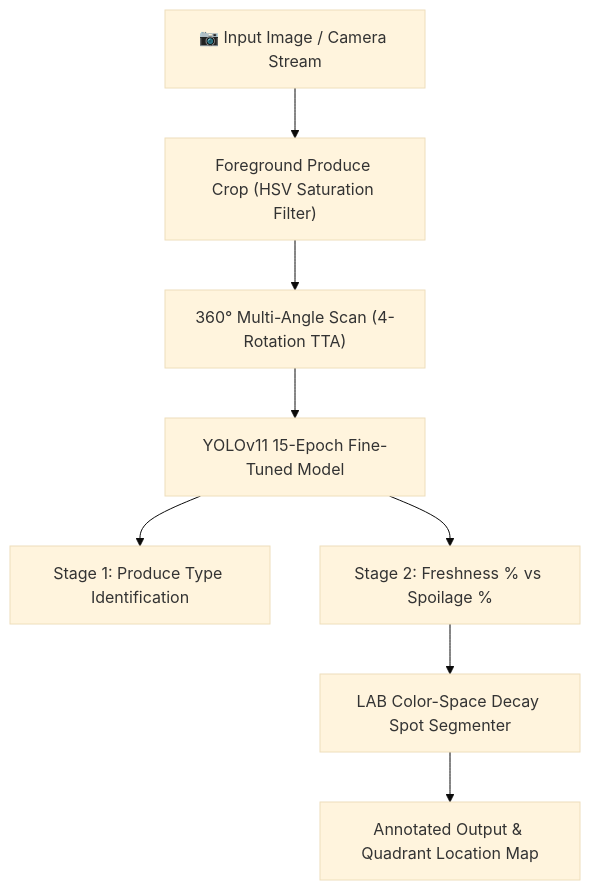
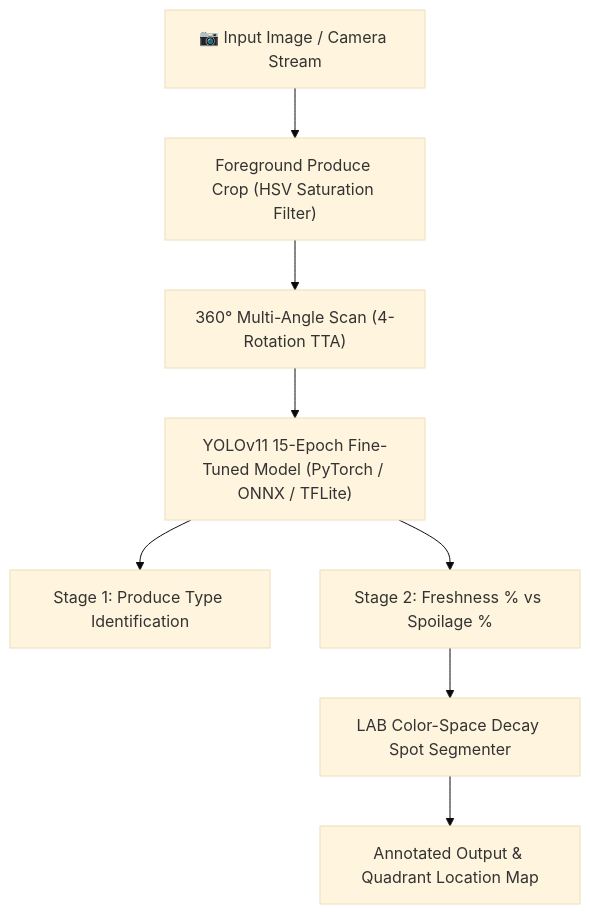
The second of 2 diagrams in README.md (gauravkal006/Fruit_freshness_detection), drawn with Mermaid (base theme) before and after one commit. The commit also changed other lines of this file, not shown here.

Commit message:
about ONNX and TF lite

````diff
--- a/README.md
+++ b/README.md
@@ -72,10 +131,10 @@
 ```mermaid
 graph TD
     A["📷 Input Image / Camera Stream"] --> B["Foreground Produce Crop (HSV Saturation Filter)"]
     B --> C["360° Multi-Angle Scan (4-Rotation TTA)"]
-    C --> D["YOLOv11 15-Epoch Fine-Tuned Model"]
+    C --> D["YOLOv11 15-Epoch Fine-Tuned Model (PyTorch / ONNX / TFLite)"]
     D --> E["Stage 1: Produce Type Identification"]
     D --> F["Stage 2: Freshness % vs Spoilage %"]
     F --> G["LAB Color-Space Decay Spot Segmenter"]
     G --> H["Annotated Output & Quadrant Location Map"]
 ```
````
